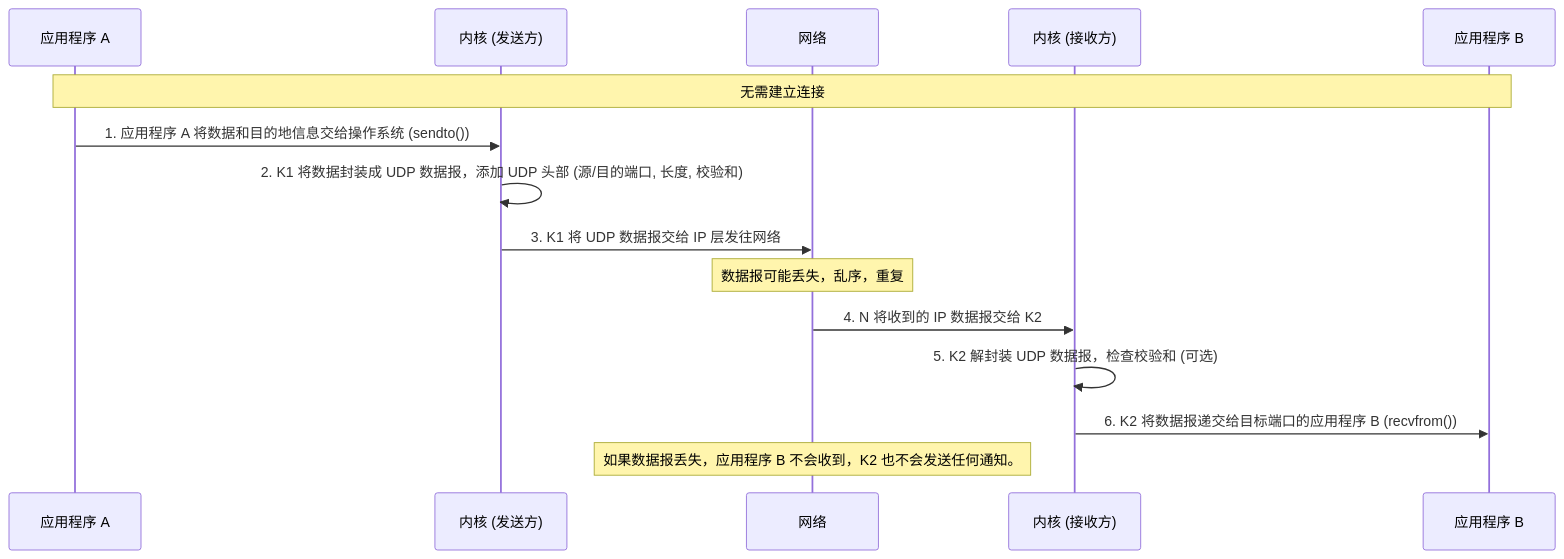
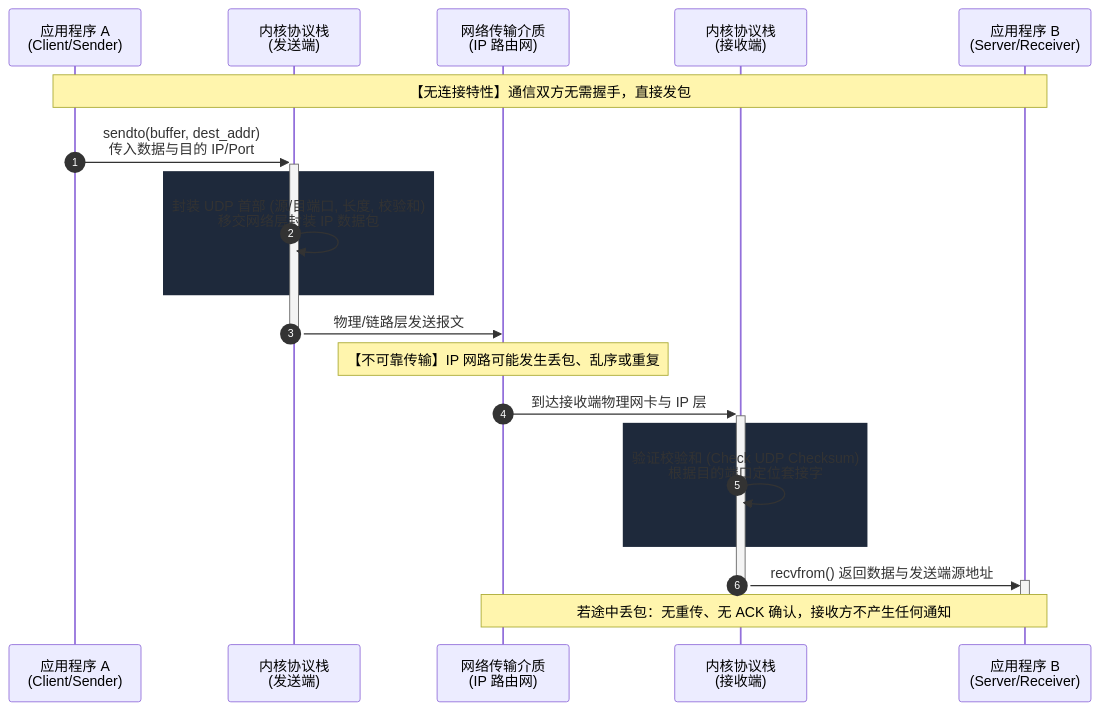
The diagram in source/_posts/2023/2023-03-12_UDP (用户数据报协议) 深度详解：轻量、高效、无连接的传输基石.md (teatang/t-blog), drawn with Mermaid before and after one commit. The commit also changed 26 other files, not shown here.

```diff
--- a/source/_posts/2023/2023-03-12_UDP (用户数据报协议) 深度详解：轻量、高效、无连接的传输基石.md
+++ b/source/_posts/2023/2023-03-12_UDP (用户数据报协议) 深度详解：轻量、高效、无连接的传输基石.md
@@ -86,18 +86,29 @@
 {% mermaid %}
 sequenceDiagram
-    participant A as 应用程序 A
-    participant K1 as 内核 (发送方)
-    participant N as 网络
-    participant K2 as 内核 (接收方)
-    participant B as 应用程序 B
+    autonumber
+    participant A as 应用程序 A<br/>(Client/Sender)
+    participant K1 as 内核协议栈<br/>(发送端)
+    participant N as 网络传输介质<br/>(IP 路由网)
+    participant K2 as 内核协议栈<br/>(接收端)
+    participant B as 应用程序 B<br/>(Server/Receiver)
 
-    Note over A,B: 无需建立连接
-    A->>K1: 1. 应用程序 A 将数据和目的地信息交给操作系统 (sendto())
-    K1->>K1: 2. K1 将数据封装成 UDP 数据报，添加 UDP 头部 (源/目的端口, 长度, 校验和)
-    K1->>N: 3. K1 将 UDP 数据报交给 IP 层发往网络
-    Note over N: 数据报可能丢失，乱序，重复
-    N->>K2: 4. N 将收到的 IP 数据报交给 K2
-    K2->>K2: 5. K2 解封装 UDP 数据报，检查校验和 (可选)
-    K2->>B: 6. K2 将数据报递交给目标端口的应用程序 B (recvfrom())
-    Note over N: 如果数据报丢失，应用程序 B 不会收到，K2 也不会发送任何通知。
+    Note over A,B: 【无连接特性】通信双方无需握手，直接发包
+
+    A->>+K1: sendto(buffer, dest_addr)<br/>传入数据与目的 IP/Port
+    rect rgb(30, 41, 59)
+        K1->>K1: 封装 UDP 首部 (源/目端口, 长度, 校验和)<br/>移交网络层封装 IP 数据包
+    end
+    K1->>-N: 物理/链路层发送报文
+
+    Note over N: 【不可靠传输】IP 网路可能发生丢包、乱序或重复
+
+    N->>+K2: 到达接收端物理网卡与 IP 层
+    rect rgb(30, 41, 59)
+        K2->>K2: 验证校验和 (Check UDP Checksum)<br/>根据目的端口定位套接字
+    end
+    K2->>+B: recvfrom() 返回数据与发送端源地址
+    deactivate K2
+    deactivate B
+
+    Note over N,B: 若途中丢包：无重传、无 ACK 确认，接收方不产生任何通知
 {% endmermaid %}
```
